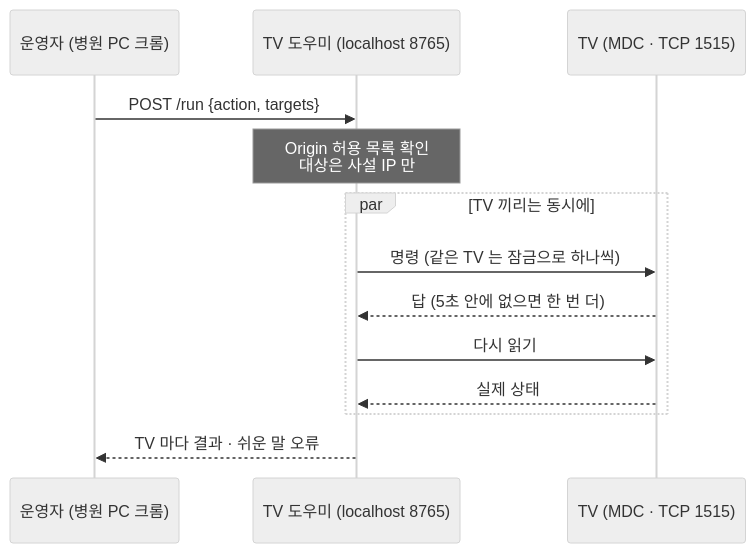
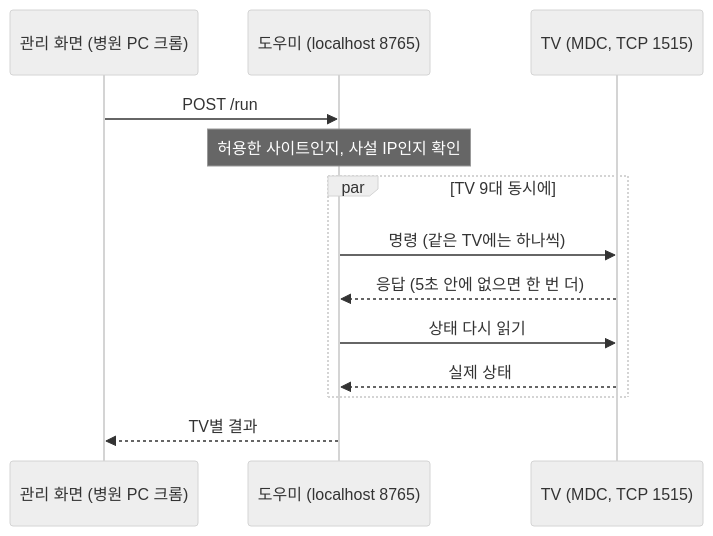
One commit to firstsm41/portfolio changed the first of 2 diagrams in projects/smartwall/README.md. Above: the diagram before and after it, drawn with Mermaid (neutral theme). The commit also changed other lines of this file and 3 other files, not shown here.

````diff
--- a/projects/smartwall/README.md
+++ b/projects/smartwall/README.md
@@ -135,15 +90,15 @@
 ```mermaid
 sequenceDiagram
-  participant U as 운영자 (병원 PC 크롬)
-  participant H as TV 도우미 (localhost 8765)
-  participant T as TV (MDC · TCP 1515)
-  U->>H: POST /run {action, targets}
-  Note over H: Origin 허용 목록 확인<br/>대상은 사설 IP 만
-  par TV 끼리는 동시에
-    H->>T: 명령 (같은 TV 는 잠금으로 하나씩)
-    T-->>H: 답 (5초 안에 없으면 한 번 더)
-    H->>T: 다시 읽기
+  participant U as 관리 화면 (병원 PC 크롬)
+  participant H as 도우미 (localhost 8765)
+  participant T as TV (MDC, TCP 1515)
+  U->>H: POST /run
+  Note over H: 허용한 사이트인지, 사설 IP인지 확인
+  par TV 9대 동시에
+    H->>T: 명령 (같은 TV에는 하나씩)
+    T-->>H: 응답 (5초 안에 없으면 한 번 더)
+    H->>T: 상태 다시 읽기
     T-->>H: 실제 상태
   end
-  H-->>U: TV 마다 결과 · 쉬운 말 오류
+  H-->>U: TV별 결과
 ```
````
